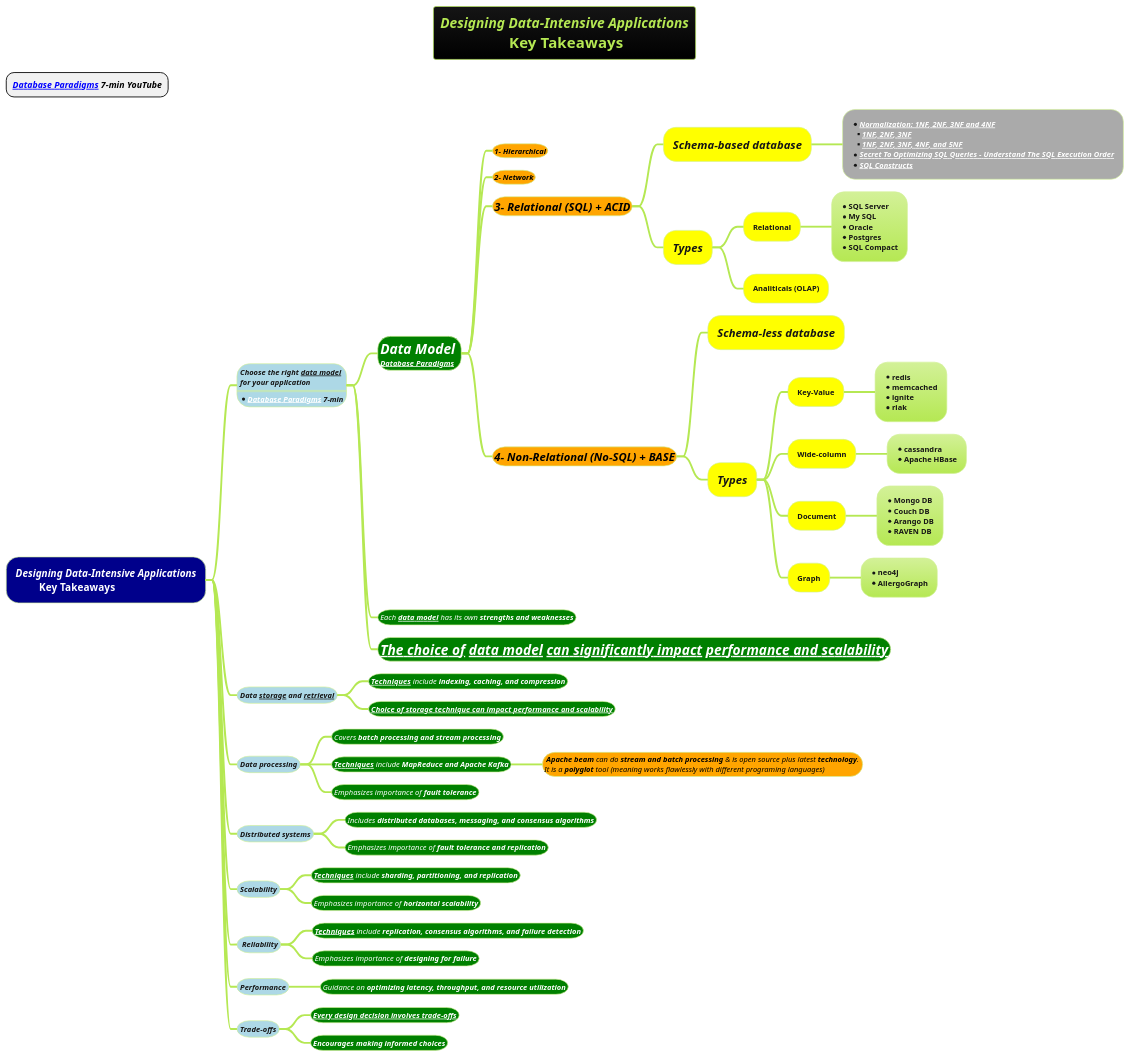
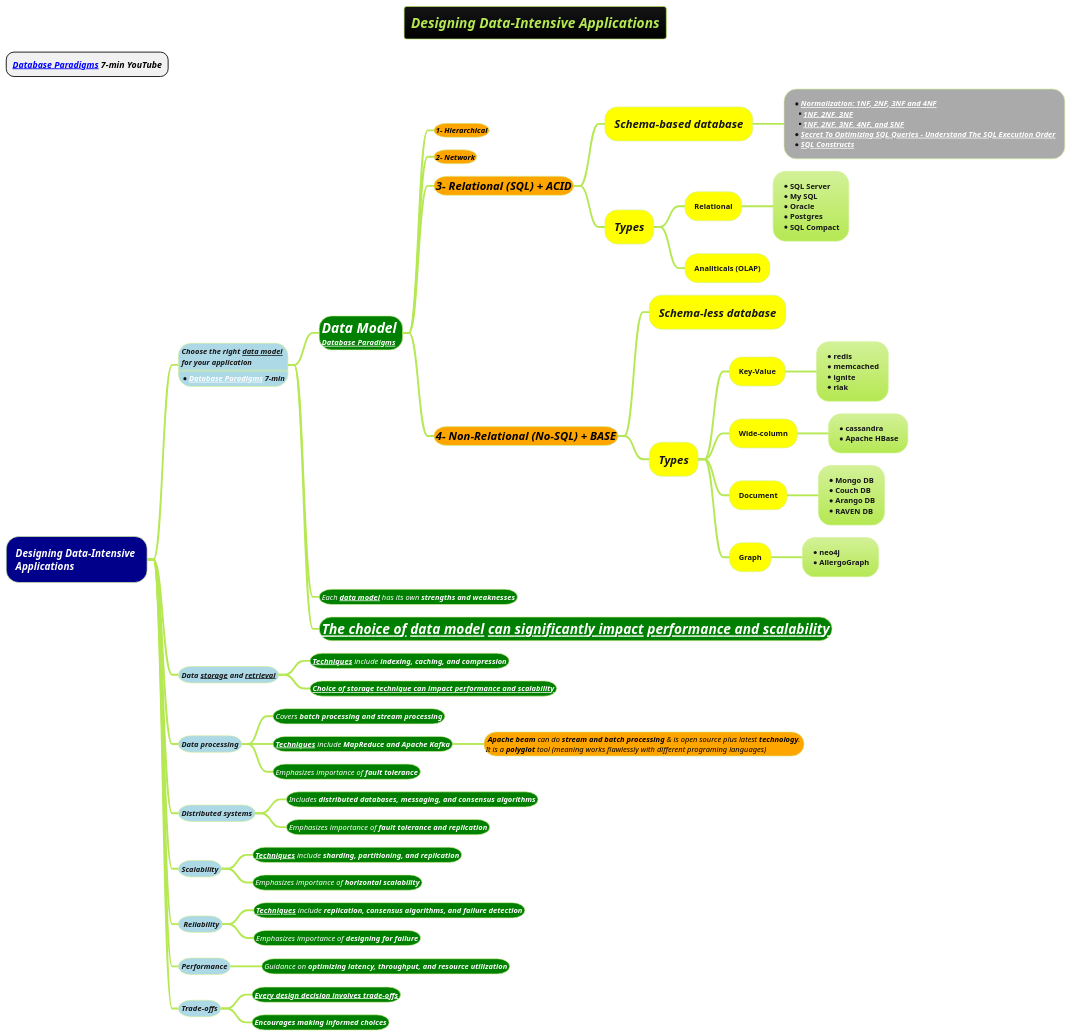
The diagram in docs/books/1-books-backlog/DBMS/Designing-Data-Intensive-Applications.puml (MehmoodHashmi/Documentation-as-Code-DaC), drawn with PlantUML before and after one commit.

```diff
--- a/docs/books/1-books-backlog/DBMS/Designing-Data-Intensive-Applications.puml
+++ b/docs/books/1-books-backlog/DBMS/Designing-Data-Intensive-Applications.puml
@@ -1,79 +1,79 @@
 @startmindmap
 * <b><i>[[https://www.youtube.com/watch?v=W2Z7fbCLSTw&list=LL&index=3 Database Paradigms]] 7-min YouTube
-title  = <i><size:18>Designing Data-Intensive Applications \n <size:24>**Key Takeaways**
+title  = <i><size:18>Designing Data-Intensive Applications
 !theme hacker
 
-*[#darkblue] <i><color #white>Designing Data-Intensive Applications\n \t <color #white>Key Takeaways
+*[#darkblue] <i><color #white>Designing Data-Intensive \n<i><color #white>Applications
 **[#lightblue]:<size:12><i>Choose the right __data model__
 <size:12><i>for your application
 ====
 *<size:12><i>[[https://www.youtube.com/watch?v=W2Z7fbCLSTw&list=LL&index=3 Database Paradigms]] 7-min;
 ***[#green] <size:22><i><color #white><b>Data Model \n<b><i>[[https://www.youtube.com/watch?v=W2Z7fbCLSTw&list=LL&index=3 Database Paradigms]]
 ****[#orange] <color #black><size:12><i>**1- Hierarchical**
 ****[#orange] <color #black><size:12><i>**2- Network**
 ****[#orange] <color #black><size:18><i>**3- Relational (SQL) + ACID**
 *****[#yellow] <size:18><i><b>Schema-based database
 ******[#a]:*<size:12><i><b>[[https://www.youtube.com/watch?v=UrYLYV7WSHM&t=39s Normalization: 1NF, 2NF, 3NF and 4NF]]
 **<size:12><i><b>[[https://www.youtube.com/watch?v=SK4H5tTT6-M&t=278s 1NF, 2NF, 3NF]]
 **<size:12><i><b>[[https://www.youtube.com/watch?v=GFQaEYEc8_8&t=1247s 1NF, 2NF, 3NF, 4NF, and 5NF]]
 *<size:12><i><b>[[https://www.youtube.com/watch?v=BHwzDmr6d7s&t=99s Secret To Optimizing SQL Queries - Understand The SQL Execution Order]]
 *<size:12><i><b>[[docs/books/1-books-backlog/DBMS/SQL-Constructs.puml SQL Constructs]];
 
 *****[#yellow] <size:18><i><b>Types
 ******[#yellow]  **Relational**
 *******:* <b>SQL Server
 * <b>My SQL
 * <b>Oracle
 * <b>Postgres
 * <b>SQL Compact;
 ******[#yellow]  **Analiticals (OLAP)**
 ****[#orange] <color #black><size:18><i>**4- Non-Relational (No-SQL) + BASE**
 *****[#yellow] <size:18><i><b>Schema-less database
 *****[#yellow] <size:18><i><b>Types
 
 ******[#yellow] **Key-Value**
 *******:*<b>redis
 *<b>memcached
 *<b>ignite
 *<b>riak;
 ******[#yellow] **Wide-column**
 *******:*<b>cassandra
 * <b>Apache HBase;
 
 ******[#yellow] **Document**
 *******:* <b>Mongo DB
 * <b>Couch DB
 * <b>Arango DB
 * <b>RAVEN DB;
 
 ******[#yellow] **Graph**
 *******:*<b>neo4j
 *<b>AllergoGraph;
 
 
 ***[#green] <size:12><i><color #white>Each **__data model__** has its own **strengths and weaknesses**
 ***[#green] <size:22><i><color #white>**__The choice of //data model// can significantly impact //performance and scalability//__**
 **[#lightblue] <size:12><i>Data __storage__ and __retrieval__
 ***[#green] <size:12><i><color #white>**__Techniques__** include **indexing, caching, and compression**
 ***[#green] <size:12><i><color #white>__**Choice of storage technique can impact performance and scalability**__
 **[#lightblue] <size:12><i>Data processing
 ***[#green] <size:12><i><color #white>Covers **batch processing and stream processing**
 ***[#green] <size:12><i><color #white>**__Techniques__** include **MapReduce and Apache Kafka**
 ****[#orange] <color #black><size:12><i> **Apache beam** can do **stream and batch processing** & is open source plus latest **technology**. \n<size:12><i><color #black>It is a **polyglot** tool (meaning works flawlessly with different programing languages)
 ***[#green] <size:12><i><color #white>Emphasizes importance of **fault tolerance**
 **[#lightblue] <size:12><i>Distributed systems
 ***[#green] <size:12><i><color #white>Includes **distributed databases, messaging, and consensus algorithms**
 ***[#green] <size:12><i><color #white>Emphasizes importance of **fault tolerance and replication**
 **[#lightblue] <size:12><i>Scalability
 ***[#green] <size:12><i><color #white>**__Techniques__** include **sharding, partitioning, and replication**
 ***[#green] <size:12><i><color #white>Emphasizes importance of **horizontal scalability**
 **[#lightblue] <size:12><i> Reliability
 ***[#green] <size:12><i><color #white>**__Techniques__** include **replication, consensus algorithms, and failure detection**
 ***[#green] <size:12><i><color #white>Emphasizes importance of **designing for failure**
 **[#lightblue] <size:12><i>Performance
 ***[#green] <size:12><i><color #white>Guidance on **optimizing latency, throughput, and resource utilization**
 **[#lightblue] <size:12><i>Trade-offs
 ***[#green] <size:12><i><color #white>**__Every design decision involves trade-offs__**
 ***[#green] <size:12><i><color #white>**Encourages making informed choices**
 
 @endmindmap
```
